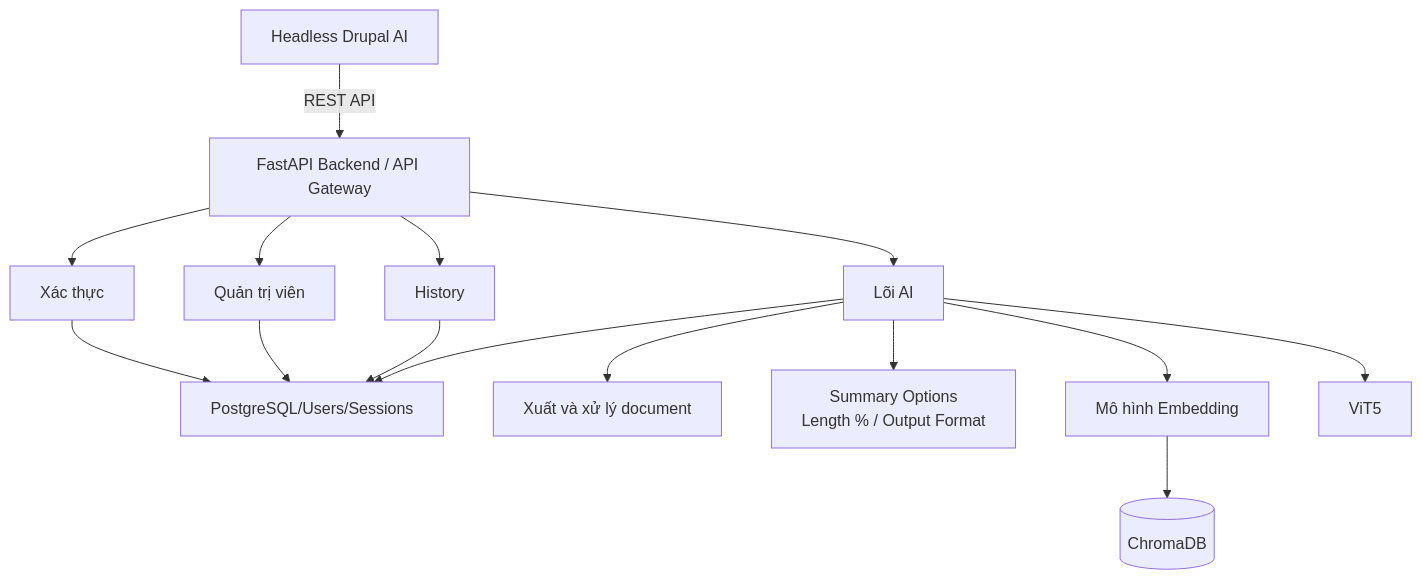
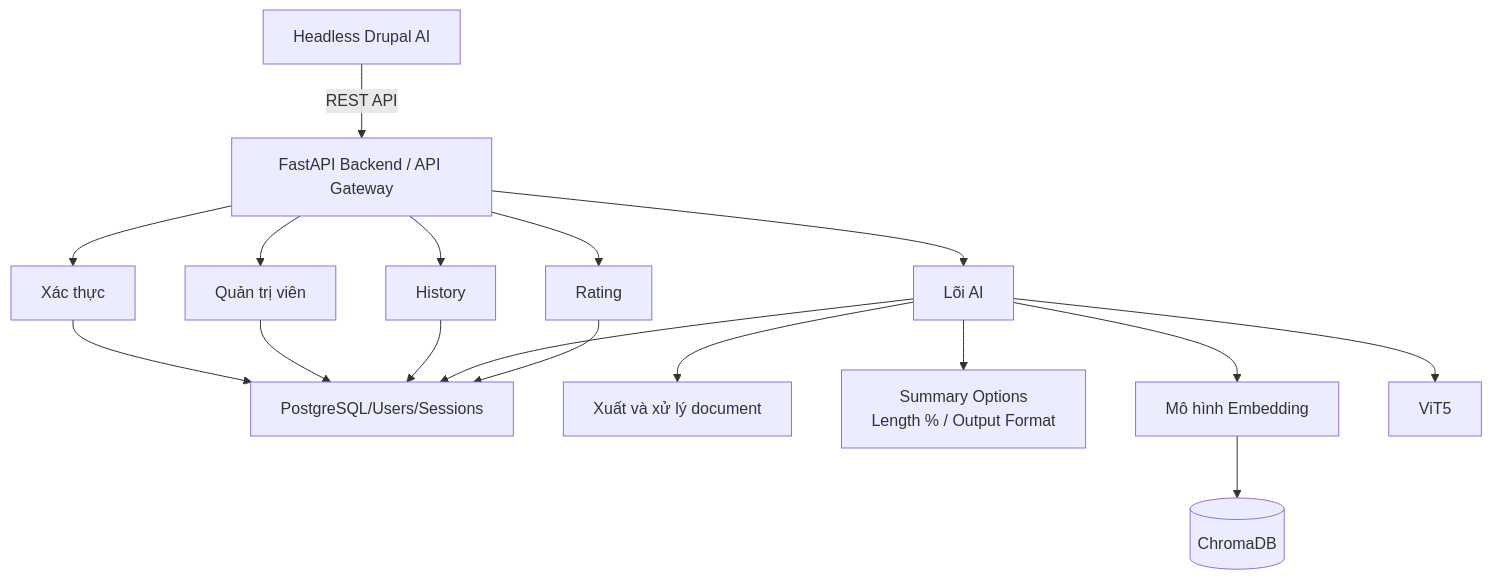
The first of 6 diagrams in README.md (kienng221105/Summarize-Vietnamese-Text), drawn with Mermaid before and after one commit.

````diff
--- a/README.md
+++ b/README.md
@@ -9,23 +9,25 @@
 ```mermaid
 flowchart TD
 
   Client[Headless Drupal AI] -->|REST API| API[FastAPI Backend / API Gateway]
 
   API --> Auth[Xác thực]
   API --> Admin[Quản trị viên]
   API --> Core[Lõi AI]
   API --> History
+  API --> Rating
 
   Auth --> RDB[PostgreSQL/Users/Sessions]
   Admin --> RDB
   History --> RDB
   Core --> RDB
+  Rating --> RDB
   Core --> ExtProcessor[Xuất và xử lý document]
 
   Core --> Options[Summary Options<br/>Length % / Output Format]
 
   Core --> Embed[Mô hình Embedding]
   Embed --> VDB[(ChromaDB)]
 
   Core --> ViT5[ViT5]
 ```
````
